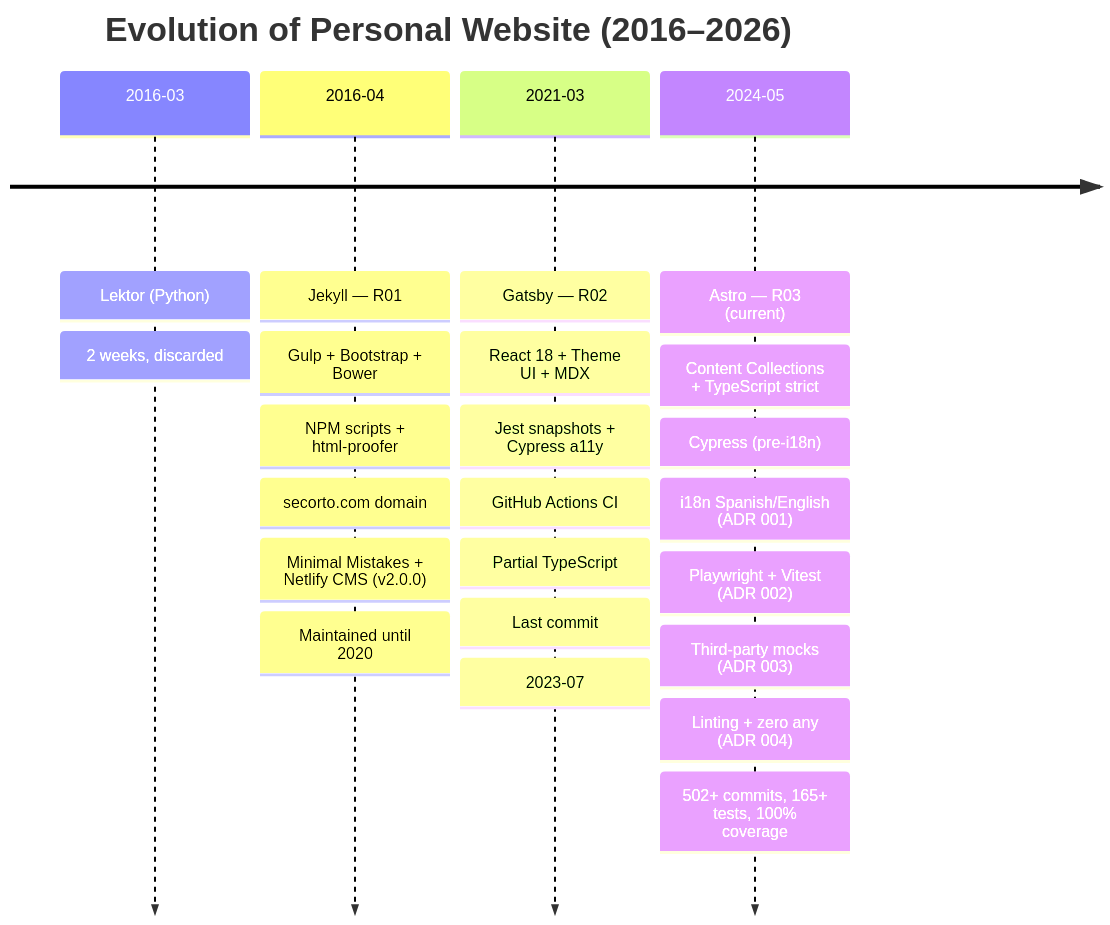
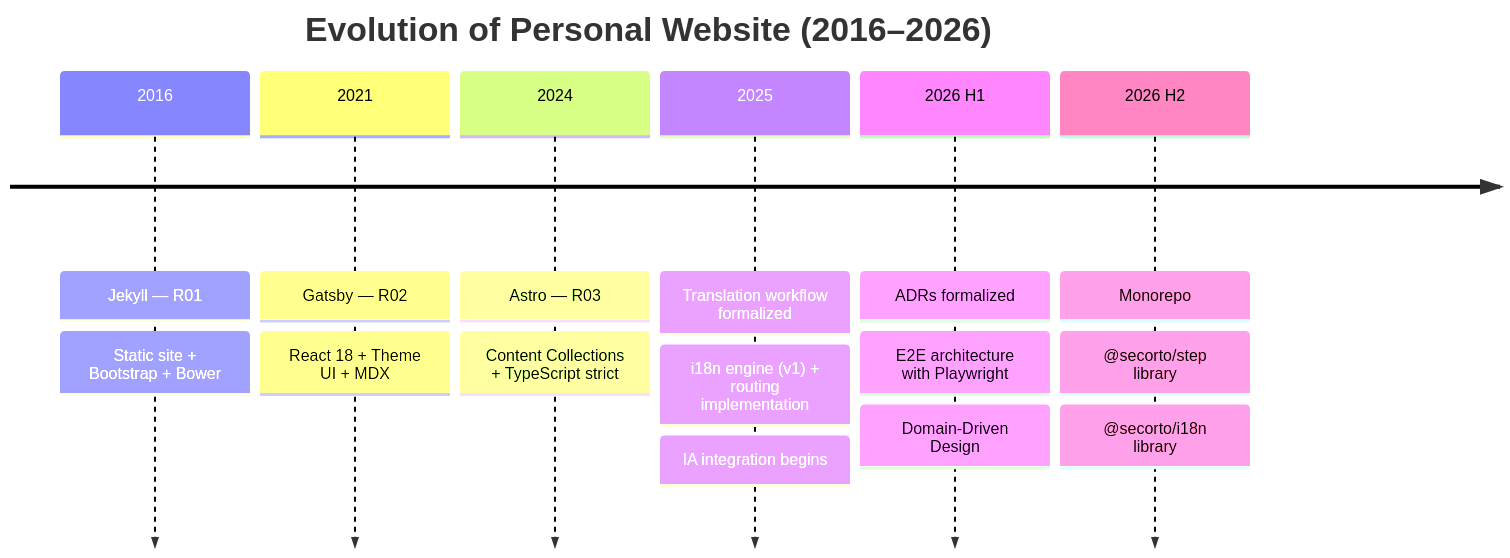
The diagram in apps/web/src/content/blog/en/2026-09-21-ten-years-of-jamstack.md (secorto/secorto_web), drawn with Mermaid before and after one commit. The commit also changed other lines of this file and 1 other file, not shown here.

````diff
--- a/apps/web/src/content/blog/en/2026-09-21-ten-years-of-jamstack.md
+++ b/apps/web/src/content/blog/en/2026-09-21-ten-years-of-jamstack.md
@@ -112,30 +115,25 @@
 ```mermaid
 timeline
     title Evolution of Personal Website (2016–2026)
 
-    2016-03 : Lektor (Python)
-             : 2 weeks, discarded
+    2016 : Jekyll — R01
+           : Static site + Bootstrap + Bower
 
-    2016-04 : Jekyll — R01
-             : Gulp + Bootstrap + Bower
-             : NPM scripts + html-proofer
-             : secorto.com domain
-             : Minimal Mistakes + Netlify CMS (v2.0.0)
-             : Maintained until 2020
+    2021 : Gatsby — R02
+           : React 18 + Theme UI + MDX
 
-    2021-03 : Gatsby — R02
-             : React 18 + Theme UI + MDX
-             : Jest snapshots + Cypress a11y
-             : GitHub Actions CI
-             : Partial TypeScript
-             : Last commit: 2023-07
+    2024 : Astro — R03
+           : Content Collections + TypeScript strict
 
-    2024-05 : Astro — R03 (current)
-             : Content Collections + TypeScript strict
-             : Cypress (pre-i18n)
-             : i18n Spanish/English (ADR 001)
-             : Playwright + Vitest (ADR 002)
-             : Third-party mocks (ADR 003)
-             : Linting + zero any (ADR 004)
-             : 502+ commits, 165+ tests, 100% coverage
+    2025 : Translation workflow formalized
+           : i18n engine (v1) + routing implementation
+           : IA integration begins
+
+    2026 H1 : ADRs formalized
+            : E2E architecture with Playwright
+            : Domain-Driven Design
+
+    2026 H2 : Monorepo
+            : @secorto/step library
+            : @secorto/i18n library
 ```
````
